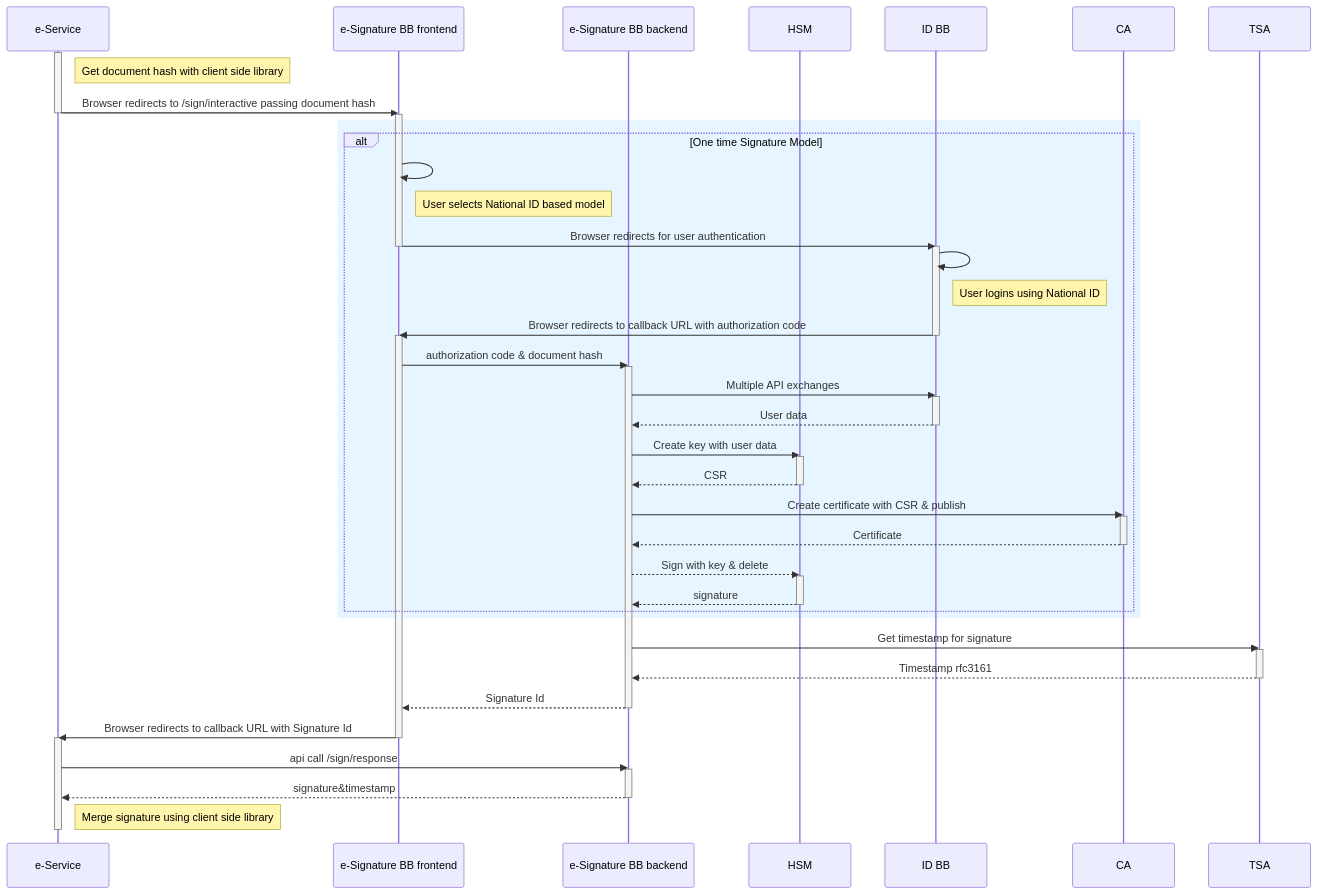
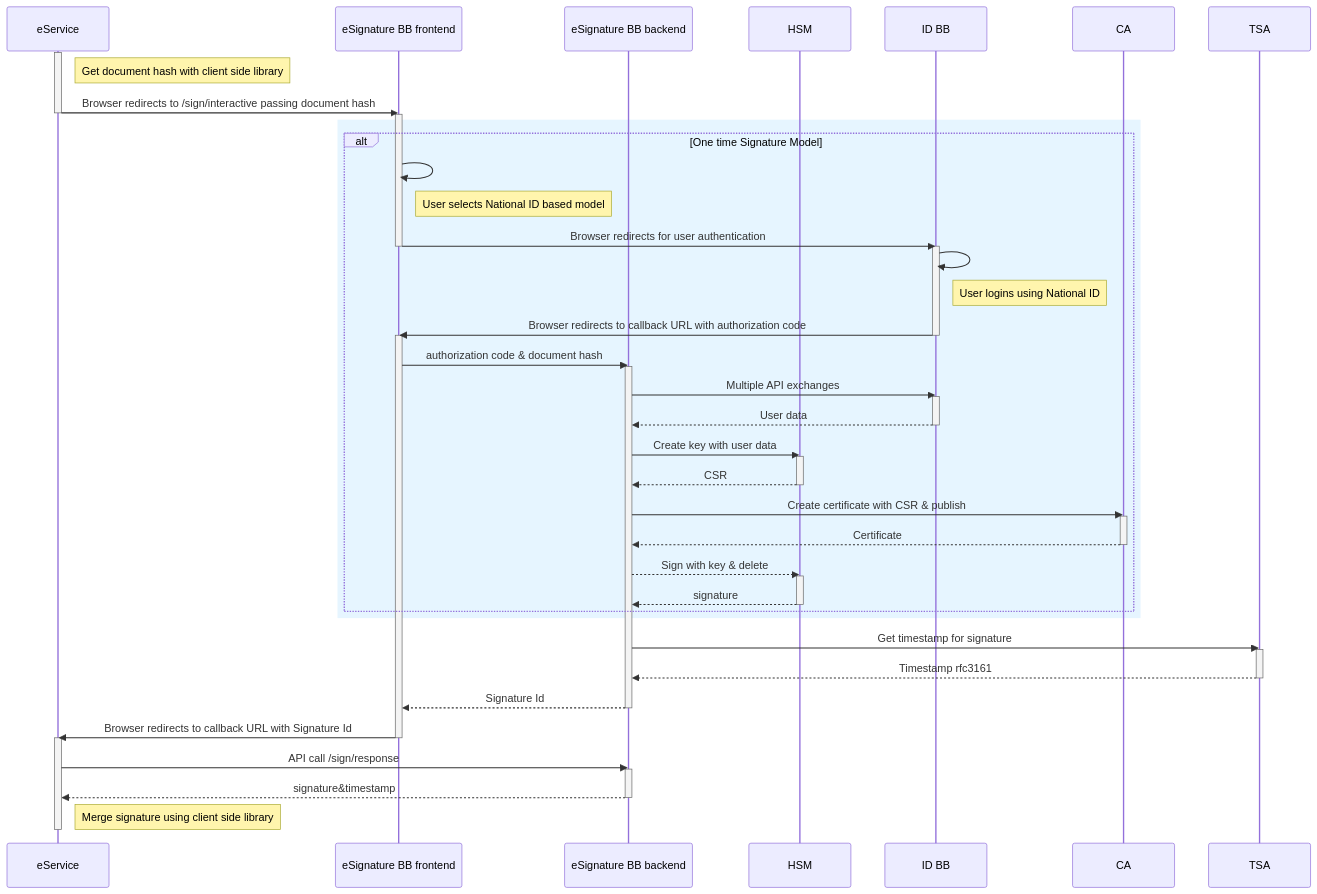
The first of 3 diagrams in spec/9-workflows.md (GovStackWorkingGroup/bb-esignature), drawn with Mermaid before and after one commit. The commit also changed other lines of this file, not shown here.

````diff
--- a/spec/9-workflows.md
+++ b/spec/9-workflows.md
@@ -31,62 +23,62 @@
 ```mermaid
 sequenceDiagram
-    participant e-Service
-    participant e-Signature BB frontend
-    participant e-Signature BB backend
+    participant eService
+    participant eSignature BB frontend
+    participant eSignature BB backend
     participant HSM
     participant ID BB
     participant CA
     participant TSA
-    activate e-Service
-    Note right of e-Service: Get document hash with client side library
-    e-Service->>e-Signature BB frontend: Browser redirects to /sign/interactive passing document hash
-    deactivate e-Service
-    activate e-Signature BB frontend
+    activate eService
+    Note right of eService: Get document hash with client side library
+    eService->>eSignature BB frontend: Browser redirects to /sign/interactive passing document hash
+    deactivate eService
+    activate eSignature BB frontend
     rect rgb(230, 245, 255)
     alt One time Signature Model
-        e-Signature BB frontend->>e-Signature BB frontend: 
-        Note right of e-Signature BB frontend: User selects National ID based model
-        e-Signature BB frontend->>ID BB: Browser redirects for user authentication
-        deactivate e-Signature BB frontend
+        eSignature BB frontend->>eSignature BB frontend: 
+        Note right of eSignature BB frontend: User selects National ID based model
+        eSignature BB frontend->>ID BB: Browser redirects for user authentication
+        deactivate eSignature BB frontend
         activate ID BB
         ID BB->>ID BB: 
         Note right of ID BB: User logins using National ID
-        ID BB->>e-Signature BB frontend: Browser redirects to callback URL with authorization code
+        ID BB->>eSignature BB frontend: Browser redirects to callback URL with authorization code
         deactivate ID BB
-        activate e-Signature BB frontend
-        e-Signature BB frontend->>e-Signature BB backend: authorization code & document hash
-        activate e-Signature BB backend
-        e-Signature BB backend->>ID BB: Multiple API exchanges
+        activate eSignature BB frontend
+        eSignature BB frontend->>eSignature BB backend: authorization code & document hash
+        activate eSignature BB backend
+        eSignature BB backend->>ID BB: Multiple API exchanges
         activate ID BB
-        ID BB-->>e-Signature BB backend: User data
+        ID BB-->>eSignature BB backend: User data
         deactivate ID BB
-        e-Signature BB backend->>HSM: Create key with user data
+        eSignature BB backend->>HSM: Create key with user data
         activate HSM
-        HSM-->>e-Signature BB backend: CSR
+        HSM-->>eSignature BB backend: CSR
         deactivate HSM
-        e-Signature BB backend->>CA: Create certificate with CSR & publish
+        eSignature BB backend->>CA: Create certificate with CSR & publish
         activate CA
-        CA-->>e-Signature BB backend: Certificate
+        CA-->>eSignature BB backend: Certificate
         deactivate CA
-        e-Signature BB backend-->>HSM: Sign with key & delete
+        eSignature BB backend-->>HSM: Sign with key & delete
         activate HSM
-        HSM-->>e-Signature BB backend: signature
+        HSM-->>eSignature BB backend: signature
         deactivate HSM
     end
     end
-    e-Signature BB backend->>TSA: Get timestamp for signature
+    eSignature BB backend->>TSA: Get timestamp for signature
     activate TSA
-    TSA-->>e-Signature BB backend: Timestamp rfc3161
+    TSA-->>eSignature BB backend: Timestamp rfc3161
     deactivate TSA
-    e-Signature BB backend-->>e-Signature BB frontend: Signature Id
-    deactivate e-Signature BB backend
-    e-Signature BB frontend->>e-Service: Browser redirects to callback URL with Signature Id
-    deactivate e-Signature BB frontend
-    activate e-Service
-    e-Service->>e-Signature BB backend: api call /sign/response
-    activate e-Signature BB backend
-    e-Signature BB backend-->>e-Service: signature&timestamp
-    deactivate e-Signature BB backend
-    Note right of e-Service: Merge signature using client side library
-    deactivate e-Service
+    eSignature BB backend-->>eSignature BB frontend: Signature Id
+    deactivate eSignature BB backend
+    eSignature BB frontend->>eService: Browser redirects to callback URL with Signature Id
+    deactivate eSignature BB frontend
+    activate eService
+    eService->>eSignature BB backend: API call /sign/response
+    activate eSignature BB backend
+    eSignature BB backend-->>eService: signature&timestamp
+    deactivate eSignature BB backend
+    Note right of eService: Merge signature using client side library
+    deactivate eService
 ```
````
